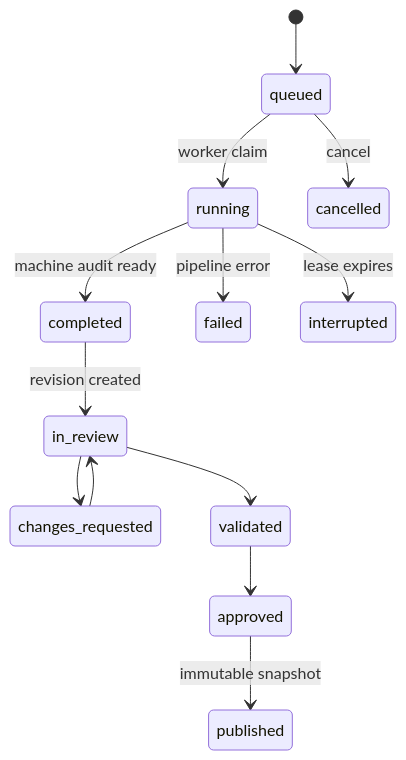
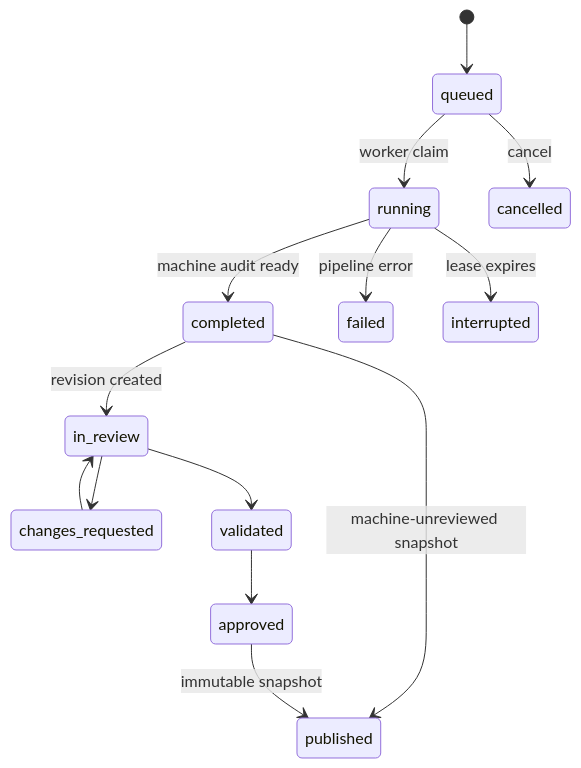
One commit to mohamedyassineabdi/UX-UI changed the third of 3 diagrams in docs/ARCHITECTURE.md. Above: the diagram before and after it, drawn with Mermaid. The commit also changed other lines of this file and 10 other files, not shown here.

````diff
--- a/docs/ARCHITECTURE.md
+++ b/docs/ARCHITECTURE.md
@@ -47,15 +47,16 @@
 ```mermaid
 stateDiagram-v2
   [*] --> queued
   queued --> running: worker claim
   queued --> cancelled: cancel
   running --> completed: machine audit ready
   running --> failed: pipeline error
   running --> interrupted: lease expires
+  completed --> published: machine-unreviewed snapshot
   completed --> in_review: revision created
   in_review --> changes_requested
   changes_requested --> in_review
   in_review --> validated
   validated --> approved
   approved --> published: immutable snapshot
 ```
````
